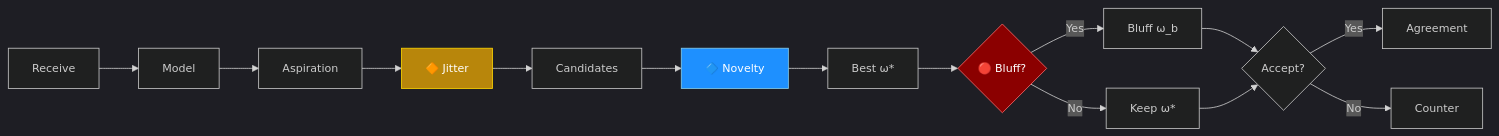
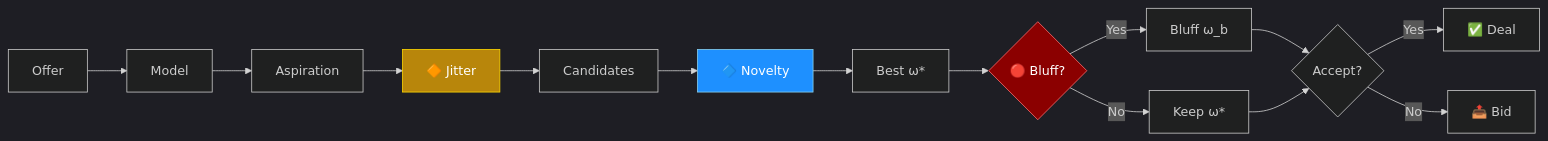
Before and after one commit to celosers/AdaptiveBathNegotiater: the first of 3 diagrams in README.md, drawn with Mermaid. The commit also changed other lines of this file and 1 other file, not shown here.

Commit message:
Fix bar chart alignment (code blocks), compact flowchart, add release.zip to gitignore

````diff
--- a/README.md
+++ b/README.md
@@ -11,21 +11,21 @@
 ```mermaid
-%%{init: {'theme': 'dark', 'themeVariables': { 'fontSize': '14px'}}}%%
+%%{init: {'theme': 'dark'}}%%
 flowchart LR
-    A["Receive"] --> B["Model"]
-    B --> C["Aspiration"]
-    C --> D["🔶 Jitter"]
-    D --> E["Candidates"]
-    E --> F["🔷 Novelty"]
-    F --> G["Best ω*"]
-    G --> H{"🔴 Bluff?"}
-    H -->|Yes| I["Bluff ω_b"]
-    H -->|No| J["Keep ω*"]
-    I --> K{"Accept?"}
+    A[Offer] --> B[Model]
+    B --> C[Aspiration]
+    C --> D[🔶 Jitter]
+    D --> E[Candidates]
+    E --> F[🔷 Novelty]
+    F --> G[Best ω*]
+    G --> H{🔴 Bluff?}
+    H -->|Yes| I[Bluff ω_b]
+    H -->|No| J[Keep ω*]
+    I --> K{Accept?}
     J --> K
-    K -->|Yes| L["Agreement"]
-    K -->|No| M["Counter"]
+    K -->|Yes| L[✅ Deal]
+    K -->|No| M[📤 Bid]
 
     style D fill:#b8860b,stroke:#ffd700,color:#fff
     style F fill:#1e90ff,stroke:#87ceeb,color:#fff
     style H fill:#8b0000,stroke:#ff6b6b,color:#fff
 ```
````
